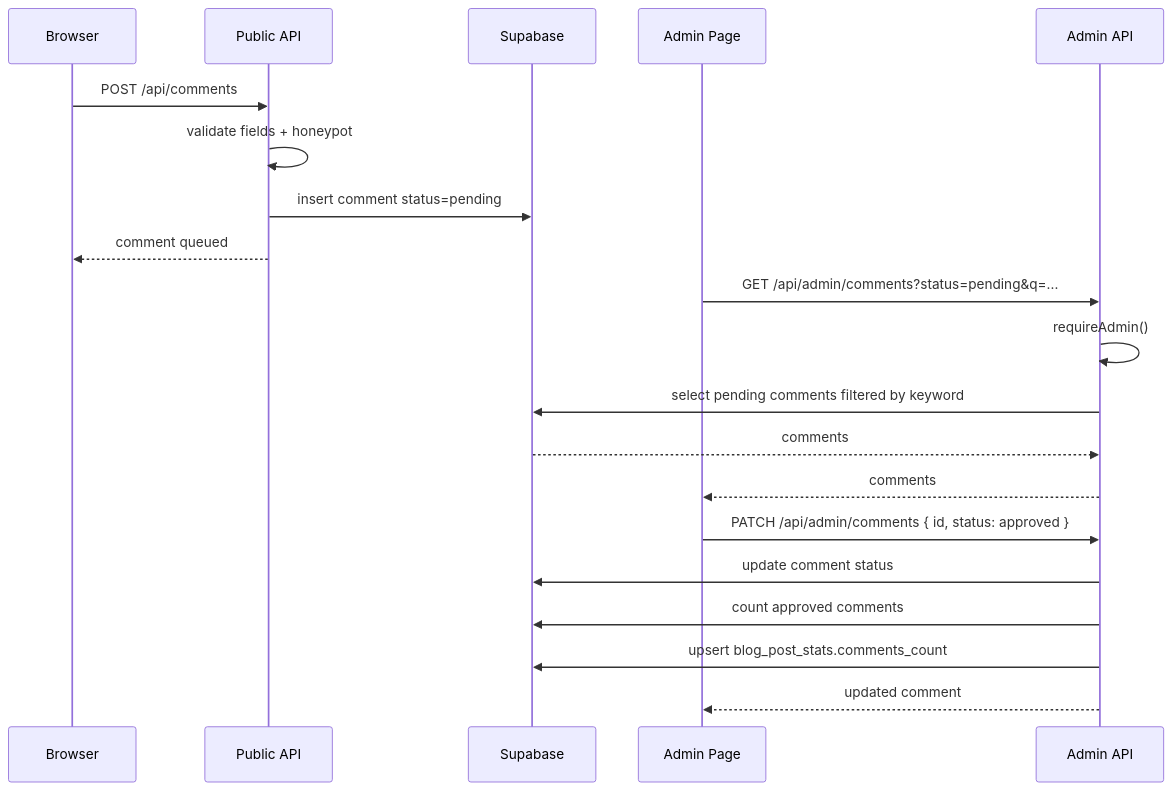
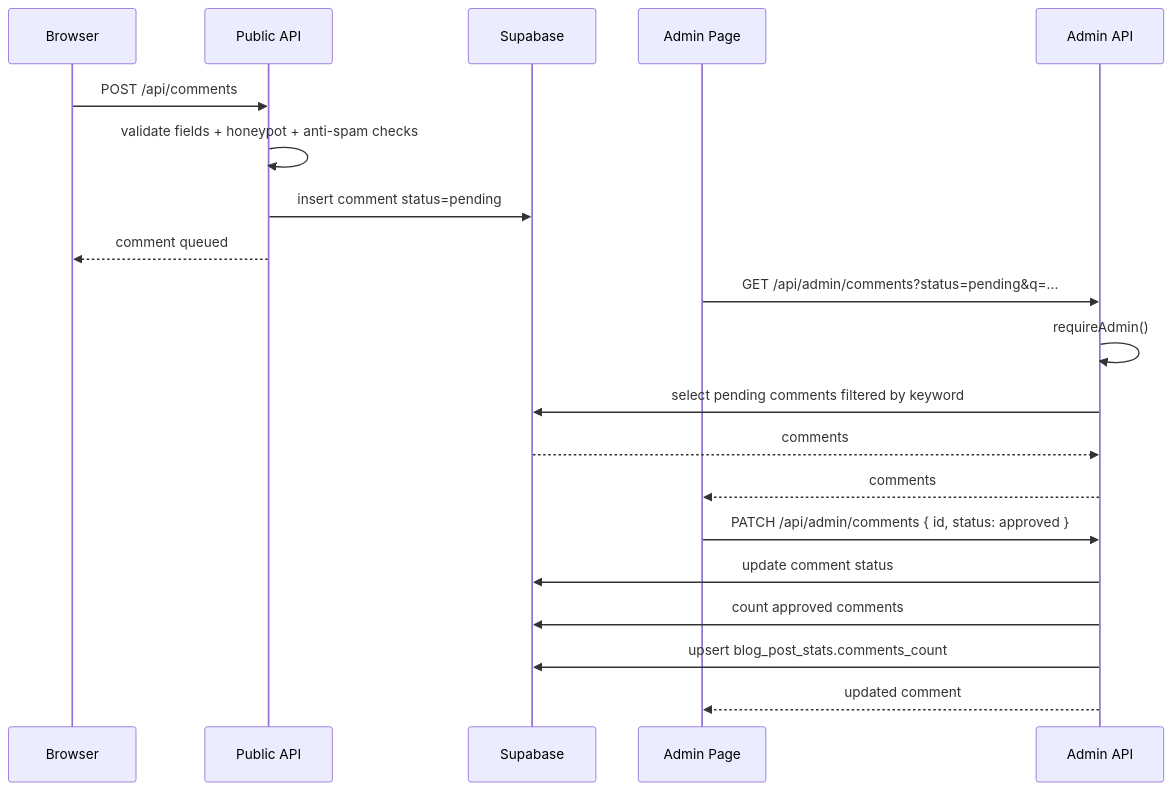
One commit to 13810284349/Personal_Blog changed the fourth of 4 diagrams in docs/TECHNICAL_ARCHITECTURE.md. Above: the diagram before and after it, drawn with Mermaid. The commit also changed other lines of this file and 6 other files, not shown here.

Commit message:
Add comment anti-spam limits

````diff
--- a/docs/TECHNICAL_ARCHITECTURE.md
+++ b/docs/TECHNICAL_ARCHITECTURE.md
@@ -344,25 +346,25 @@
 ```mermaid
 sequenceDiagram
   participant B as Browser
   participant F as Public API
   participant DB as Supabase
   participant A as Admin Page
   participant AF as Admin API
 
   B->>F: POST /api/comments
-  F->>F: validate fields + honeypot
+  F->>F: validate fields + honeypot + anti-spam checks
   F->>DB: insert comment status=pending
   F-->>B: comment queued
 
   A->>AF: GET /api/admin/comments?status=pending&q=...
   AF->>AF: requireAdmin()
   AF->>DB: select pending comments filtered by keyword
   DB-->>AF: comments
   AF-->>A: comments
 
   A->>AF: PATCH /api/admin/comments { id, status: approved }
   AF->>DB: update comment status
   AF->>DB: count approved comments
   AF->>DB: upsert blog_post_stats.comments_count
   AF-->>A: updated comment
 ```
````
